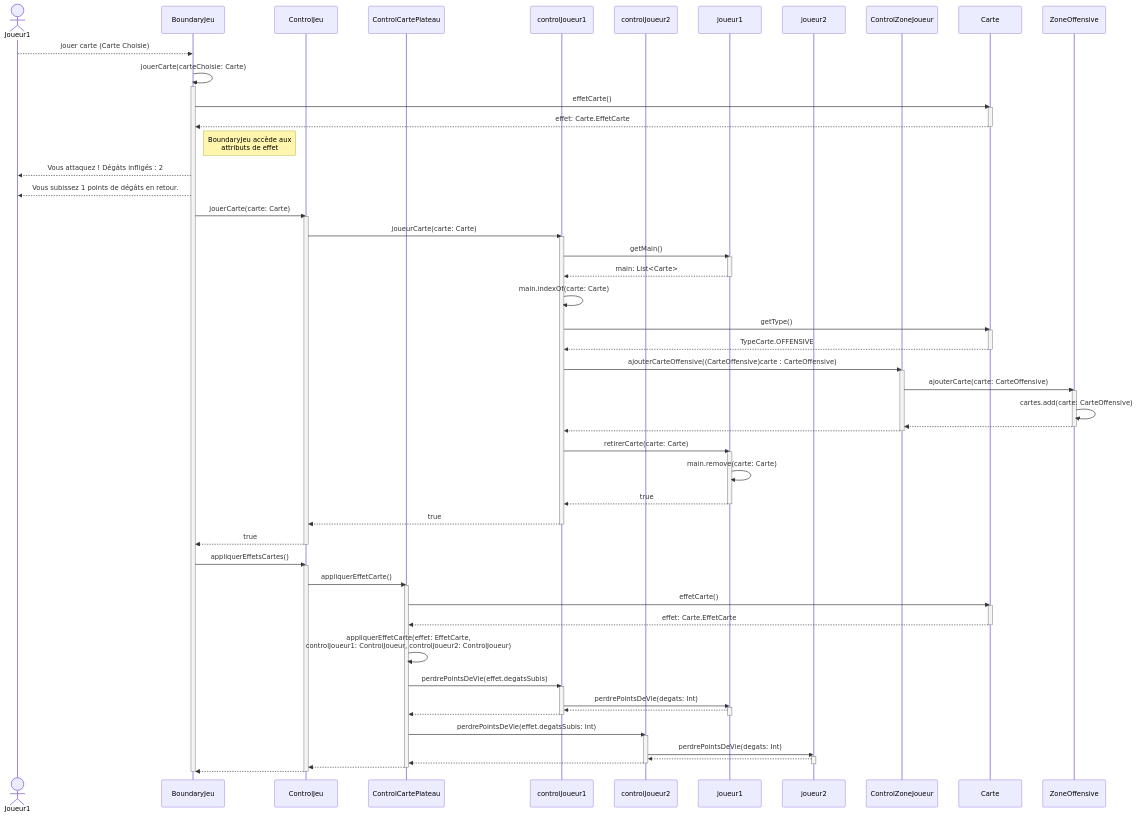
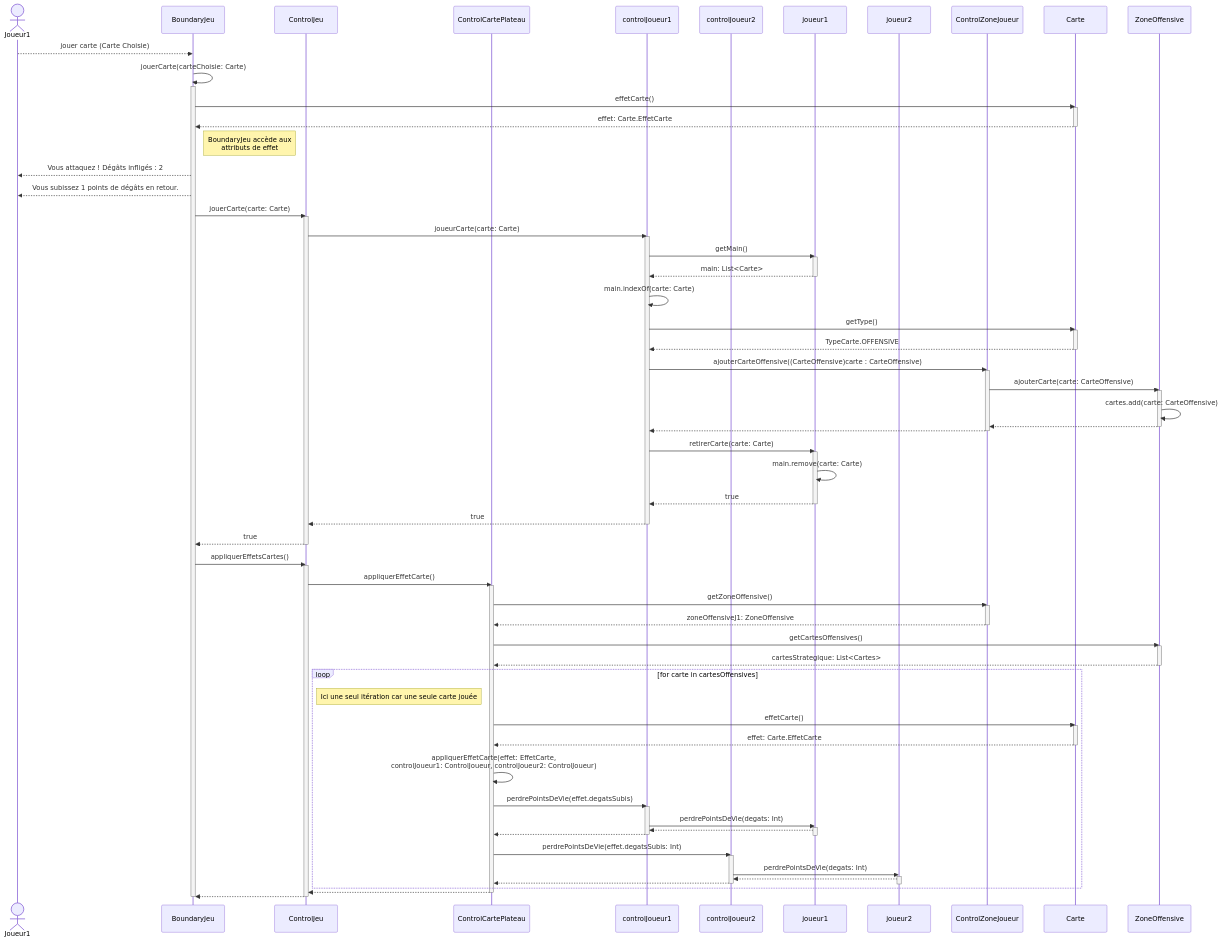
Before and after one commit to coco875/ProjetPirate: the first of 2 diagrams in UML sequence.md, drawn with Mermaid. The commit also changed other lines of this file, not shown here.

First line of the commit message:
Update UMLsequence: update premier diag et ajout d'un deuxième

```diff
--- a/UML sequence.md
+++ b/UML sequence.md
@@ -13,8 +13,8 @@
 
     participant ControlJeu
     participant ControlCartePlateau
-    participant controlJoueur1 
-    participant controlJoueur2 
+    participant controlJoueur1
+    participant controlJoueur2
     participant joueur1
     participant joueur2
     participant ControlZoneJoueur
@@ -78,6 +78,8 @@
 
     ControlJeu-->>BoundaryJeu: true
     deactivate ControlJeu
+    
+    
 
     BoundaryJeu->>ControlJeu: appliquerEffetsCartes()
 
@@ -85,35 +87,50 @@
     ControlJeu->>ControlCartePlateau: appliquerEffetCarte()
 
     activate ControlCartePlateau
-    ControlCartePlateau->>Carte: effetCarte()
-    activate Carte
-    Carte-->>ControlCartePlateau: effet: Carte.EffetCarte
-    deactivate Carte
+    ControlCartePlateau->>ControlZoneJoueur: getZoneOffensive()
+    
+    activate ControlZoneJoueur
+    ControlZoneJoueur-->>ControlCartePlateau: zoneOffensiveJ1: ZoneOffensive
+    deactivate ControlZoneJoueur
+    
+    ControlCartePlateau->>ZoneOffensive: getCartesOffensives()
+    activate ZoneOffensive
+    ZoneOffensive-->>ControlCartePlateau: cartesStrategique: List<Cartes>
+    deactivate ZoneOffensive
+    
+	loop for carte in cartesOffensives
+		Note right of ControlJeu: Ici une seul itération car une seule carte jouée
+		ControlCartePlateau->>Carte: effetCarte()
+		activate Carte
+		Carte-->>ControlCartePlateau: effet: Carte.EffetCarte
+		deactivate Carte
 
-    ControlCartePlateau->>ControlCartePlateau: appliquerEffetCarte(effet: EffetCarte, <br/>controlJoueur1: ControlJoueur, controlJoueur2: ControlJoueur)
-    ControlCartePlateau->>controlJoueur1: perdrePointsDeVie(effet.degatsSubis)
+		ControlCartePlateau->>ControlCartePlateau: appliquerEffetCarte(effet: EffetCarte, <br/>controlJoueur1: ControlJoueur, controlJoueur2: ControlJoueur)
+		ControlCartePlateau->>controlJoueur1: perdrePointsDeVie(effet.degatsSubis)
 
-    activate controlJoueur1
-    controlJoueur1->>joueur1: perdrePointsDeVie(degats: Int)
+		activate controlJoueur1
+		controlJoueur1->>joueur1: perdrePointsDeVie(degats: Int)
 
-    activate joueur1
-    joueur1-->>controlJoueur1: 
-    deactivate joueur1
+		activate joueur1
+		joueur1-->>controlJoueur1: 
+		deactivate joueur1
 
-    controlJoueur1-->>ControlCartePlateau: 
-    deactivate controlJoueur1
+		controlJoueur1-->>ControlCartePlateau: 
+		deactivate controlJoueur1
+		
+		ControlCartePlateau->>controlJoueur2: perdrePointsDeVie(effet.degatsSubis: Int)
 
-    ControlCartePlateau->>controlJoueur2: perdrePointsDeVie(effet.degatsSubis: Int)
+		activate controlJoueur2
+		controlJoueur2->>joueur2: perdrePointsDeVie(degats: Int)
 
-    activate controlJoueur2
-    controlJoueur2->>joueur2: perdrePointsDeVie(degats: Int)
+		activate joueur2
+		joueur2-->>controlJoueur2: 
+		deactivate joueur2
 
-    activate joueur2
-    joueur2-->>controlJoueur2: 
-    deactivate joueur2
+		controlJoueur2-->>ControlCartePlateau: 
+		deactivate controlJoueur2
+	end
 
-    controlJoueur2-->>ControlCartePlateau: 
-    deactivate controlJoueur2
 
     ControlCartePlateau-->>ControlJeu: 
     deactivate ControlCartePlateau
```
